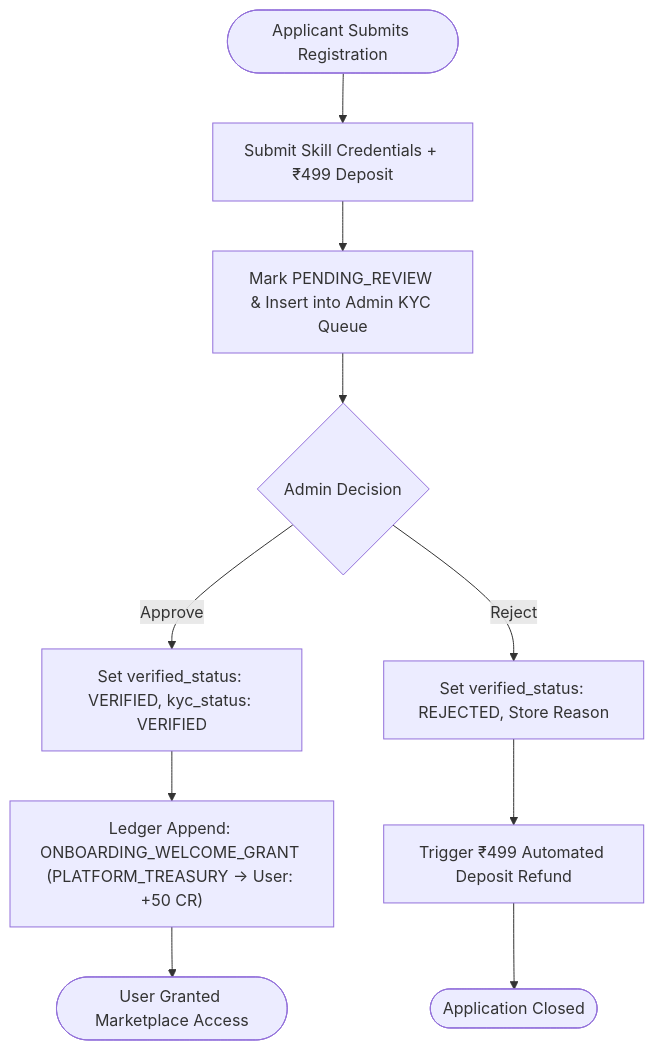
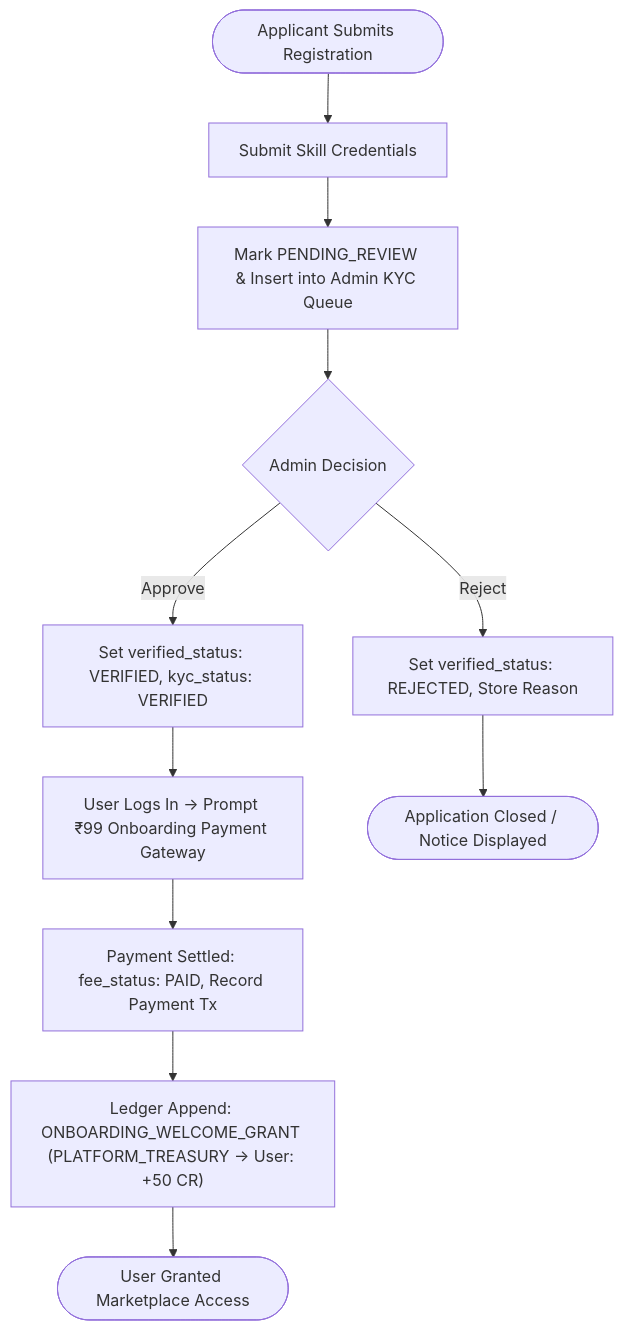
Before and after one commit to SATYENDRA-Null/SKILL-BADLU: the tenth of 10 diagrams in DOCUMENTATION.md, drawn with Mermaid. The commit also changed other lines of this file and 6 other files, not shown here.

Commit message:
feat(auth): add pre-login admin verification and ₹99 login payment gateway with admin tracking

````diff
--- a/DOCUMENTATION.md
+++ b/DOCUMENTATION.md
@@ -712,15 +712,16 @@
 ```mermaid
 flowchart TD
-    AppStart([Applicant Submits Registration]) --> SubmitDeposit[Submit Skill Credentials + ₹499 Deposit]
-    SubmitDeposit --> EnqueueKYC["Mark PENDING_REVIEW & Insert into Admin KYC Queue"]
+    AppStart([Applicant Submits Registration]) --> SubmitCreds[Submit Skill Credentials]
+    SubmitCreds --> EnqueueKYC["Mark PENDING_REVIEW & Insert into Admin KYC Queue"]
     
     EnqueueKYC --> AdminReview{Admin Decision}
     
     AdminReview -->|Approve| ApproveUser["Set verified_status: VERIFIED, kyc_status: VERIFIED"]
-    ApproveUser --> MintWelcome["Ledger Append: ONBOARDING_WELCOME_GRANT (PLATFORM_TREASURY -> User: +50 CR)"]
+    ApproveUser --> LoginPayGate["User Logs In -> Prompt ₹99 Onboarding Payment Gateway"]
+    LoginPayGate --> PaySettled["Payment Settled: fee_status: PAID, Record Payment Tx"]
+    PaySettled --> MintWelcome["Ledger Append: ONBOARDING_WELCOME_GRANT (PLATFORM_TREASURY -> User: +50 CR)"]
     MintWelcome --> SwapperActive([User Granted Marketplace Access])
     
     AdminReview -->|Reject| RejectUser["Set verified_status: REJECTED, Store Reason"]
-    RejectUser --> RefundDeposit[Trigger ₹499 Automated Deposit Refund]
-    RefundDeposit --> AppClosed([Application Closed])
+    RejectUser --> AppClosed([Application Closed / Notice Displayed])
 ```
````
